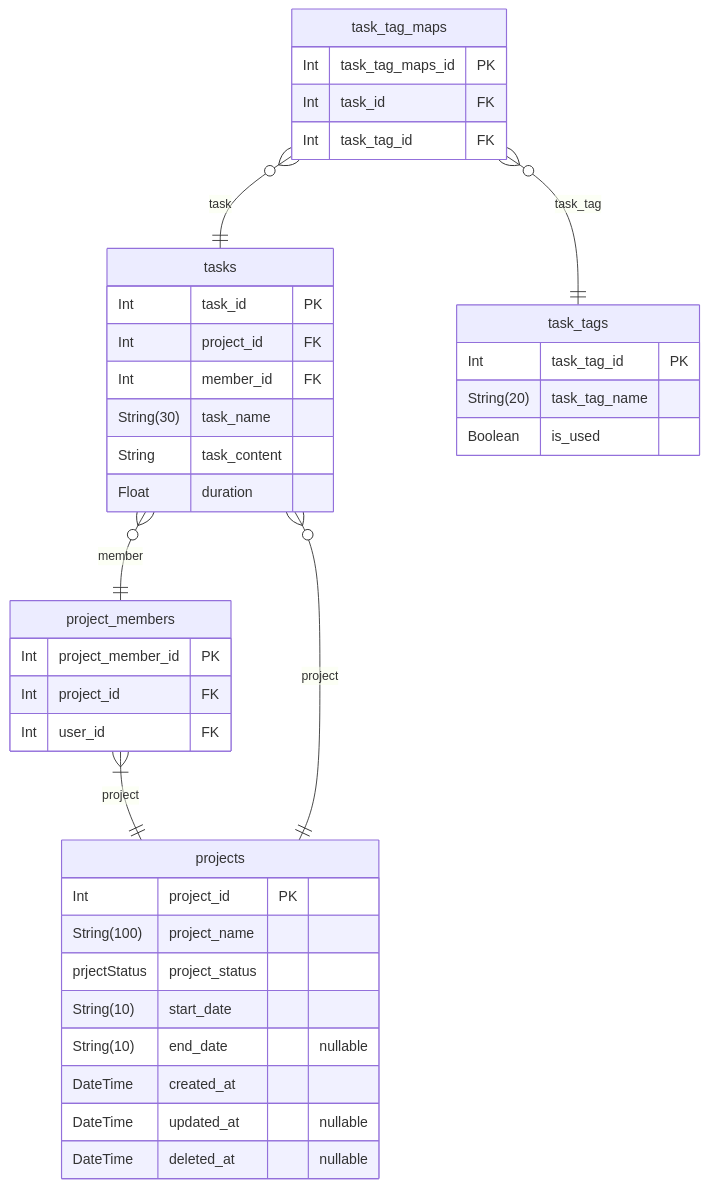
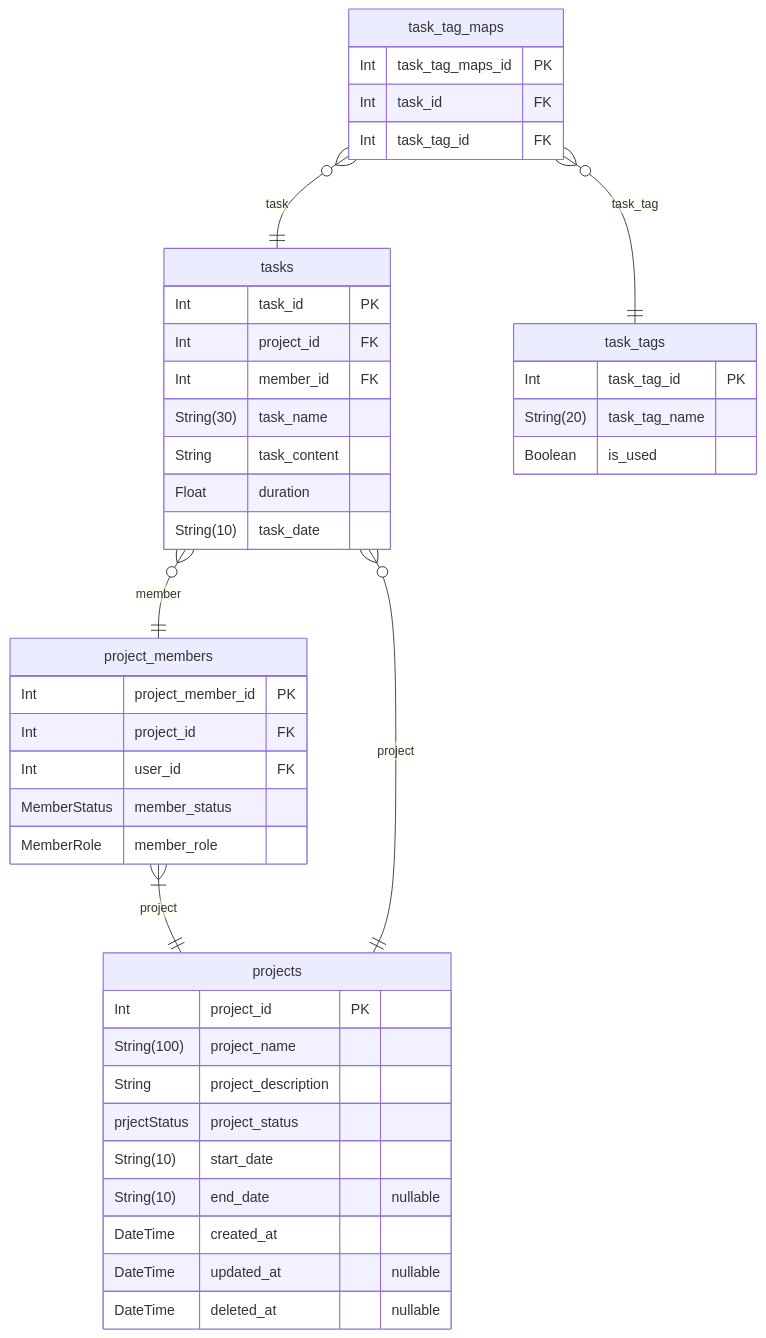
One commit to 723poil/nestjs-fastify-practice changed the second of 4 diagrams in prisma/ERD.md. Above: the diagram before and after it, drawn with Mermaid. The commit also changed other lines of this file and 6 other files, not shown here.

Commit message:
update erd

````diff
--- a/prisma/ERD.md
+++ b/prisma/ERD.md
@@ -54,41 +54,45 @@
 ```mermaid
 erDiagram
 "project_members" {
   Int project_member_id PK
   Int project_id FK
   Int user_id FK
+  MemberStatus member_status
+  MemberRole member_role
 }
 "projects" {
   Int project_id PK
   String(100) project_name
+  String project_description
   prjectStatus project_status
   String(10) start_date
   String(10) end_date "nullable"
   DateTime created_at
   DateTime updated_at "nullable"
   DateTime deleted_at "nullable"
 }
 "tasks" {
   Int task_id PK
   Int project_id FK
   Int member_id FK
   String(30) task_name
   String task_content
   Float duration
+  String(10) task_date
 }
 "task_tags" {
   Int task_tag_id PK
   String(20) task_tag_name
   Boolean is_used
 }
 "task_tag_maps" {
   Int task_tag_maps_id PK
   Int task_id FK
   Int task_tag_id FK
 }
 "project_members" }|--|| "projects" : project
 "tasks" }o--|| "projects" : project
 "tasks" }o--|| "project_members" : member
 "task_tag_maps" }o--|| "tasks" : task
 "task_tag_maps" }o--|| "task_tags" : task_tag
 ```
````
